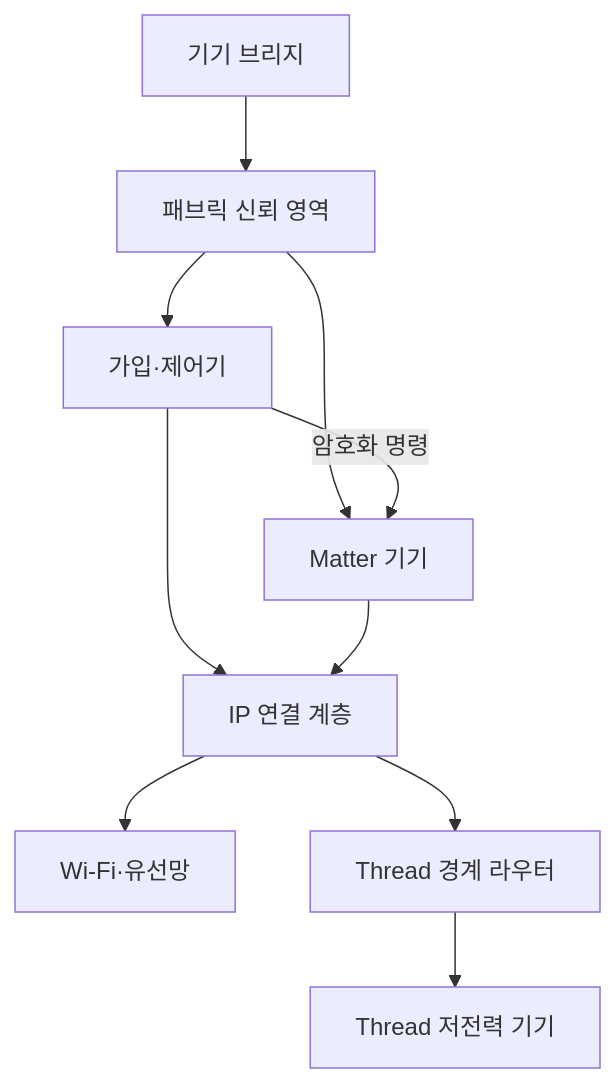
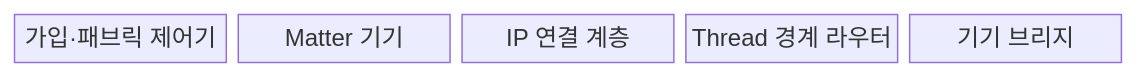
One commit to agnusdei1207/knowledge-base changed the first of 2 diagrams in src/content/docs/notes/04-network/113_smart_home_network_matter.md. Above: the diagram before and after it, drawn with Mermaid. The commit also changed other lines of this file and 9 other files, not shown here.

````diff
--- a/src/content/docs/notes/04-network/113_smart_home_network_matter.md
+++ b/src/content/docs/notes/04-network/113_smart_home_network_matter.md
@@ -54,12 +56,9 @@
 ```mermaid
-flowchart TB
-  F["패브릭 신뢰 영역"] --> C["가입·제어기"]
-  F --> M["Matter 기기"]
-  C -->|"암호화 명령"| M
-  C --> I["IP 연결 계층"]
-  M --> I
-  I --> W["Wi-Fi·유선망"]
-  I --> T["Thread 경계 라우터"]
-  T --> D["Thread 저전력 기기"]
-  B["기기 브리지"] --> F
+block-beta
+  columns 5
+  A["가입·패브릭 제어기"]
+  B["Matter 기기"]
+  C["IP 연결 계층"]
+  D["Thread 경계 라우터"]
+  E["기기 브리지"]
 ```
````
